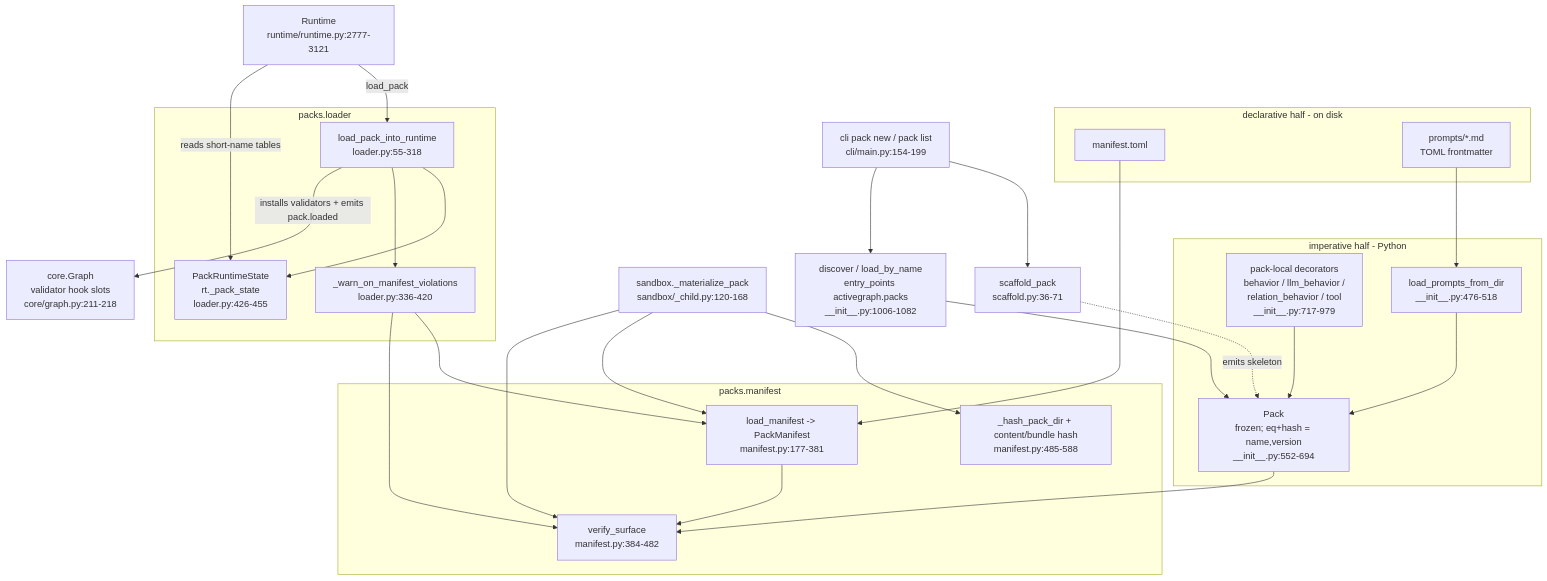
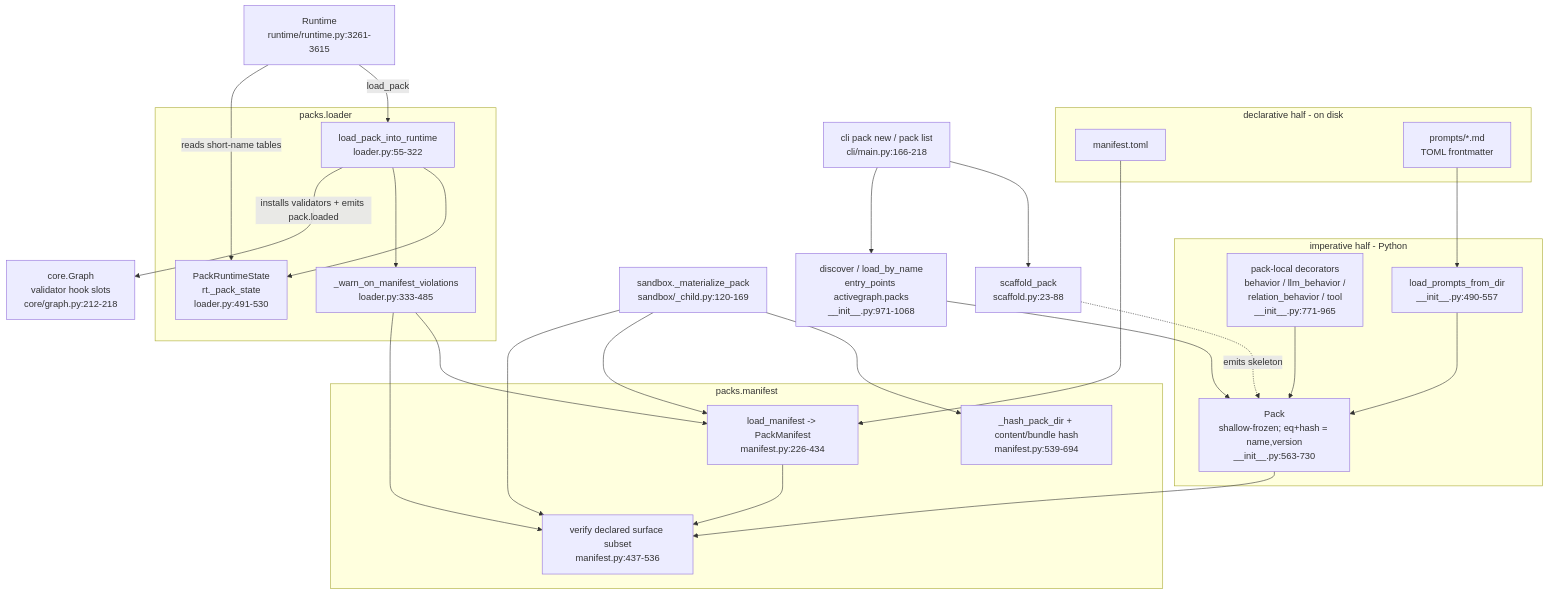
One commit to tha-hammer/silmari-activegraph changed the first of 2 diagrams in specs/07-packs.md. Above: the diagram before and after it, drawn with Mermaid. The commit also changed other lines of this file, not shown here.

Commit message:
docs(specs): refresh pack subsystem map

````diff
--- a/specs/07-packs.md
+++ b/specs/07-packs.md
@@ -22,56 +22,56 @@
 ```mermaid
 graph TD
     subgraph declarative["declarative half - on disk"]
         MT["manifest.toml"]
         PMD["prompts/*.md<br/>TOML frontmatter"]
     end
 
     subgraph imperative["imperative half - Python"]
-        DEC["pack-local decorators<br/>behavior / llm_behavior /<br/>relation_behavior / tool<br/>__init__.py:717-979"]
-        LPD["load_prompts_from_dir<br/>__init__.py:476-518"]
-        PACK["Pack<br/>frozen; eq+hash = name,version<br/>__init__.py:552-694"]
+        DEC["pack-local decorators<br/>behavior / llm_behavior /<br/>relation_behavior / tool<br/>__init__.py:771-965"]
+        LPD["load_prompts_from_dir<br/>__init__.py:490-557"]
+        PACK["Pack<br/>shallow-frozen; eq+hash = name,version<br/>__init__.py:563-730"]
     end
 
     subgraph manifest_layer["packs.manifest"]
-        LM["load_manifest -> PackManifest<br/>manifest.py:177-381"]
-        VS["verify_surface<br/>manifest.py:384-482"]
-        HASH["_hash_pack_dir + content/bundle hash<br/>manifest.py:485-588"]
+        LM["load_manifest -> PackManifest<br/>manifest.py:226-434"]
+        VS["verify declared surface subset<br/>manifest.py:437-536"]
+        HASH["_hash_pack_dir + content/bundle hash<br/>manifest.py:539-694"]
     end
 
     subgraph loader_layer["packs.loader"]
-        LPIR["load_pack_into_runtime<br/>loader.py:55-318"]
-        PRS["PackRuntimeState<br/>rt._pack_state<br/>loader.py:426-455"]
-        WARN["_warn_on_manifest_violations<br/>loader.py:336-420"]
+        LPIR["load_pack_into_runtime<br/>loader.py:55-322"]
+        PRS["PackRuntimeState<br/>rt._pack_state<br/>loader.py:491-530"]
+        WARN["_warn_on_manifest_violations<br/>loader.py:333-485"]
     end
 
-    DISC["discover / load_by_name<br/>entry_points activegraph.packs<br/>__init__.py:1006-1082"]
-    SCAF["scaffold_pack<br/>scaffold.py:36-71"]
+    DISC["discover / load_by_name<br/>entry_points activegraph.packs<br/>__init__.py:971-1068"]
+    SCAF["scaffold_pack<br/>scaffold.py:23-88"]
 
-    RT["Runtime<br/>runtime/runtime.py:2777-3121"]
-    GR["core.Graph<br/>validator hook slots<br/>core/graph.py:211-218"]
-    SB["sandbox._materialize_pack<br/>sandbox/_child.py:120-168"]
-    CLI["cli pack new / pack list<br/>cli/main.py:154-199"]
+    RT["Runtime<br/>runtime/runtime.py:3261-3615"]
+    GR["core.Graph<br/>validator hook slots<br/>core/graph.py:212-218"]
+    SB["sandbox._materialize_pack<br/>sandbox/_child.py:120-169"]
+    CLI["cli pack new / pack list<br/>cli/main.py:166-218"]
 
     DEC --> PACK
     LPD --> PACK
     PMD --> LPD
     MT --> LM
     LM --> VS
     PACK --> VS
     DISC --> PACK
     SCAF -.emits skeleton.-> PACK
 
     RT -->|load_pack| LPIR
     LPIR --> PRS
     LPIR --> WARN
     WARN --> LM
     WARN --> VS
     LPIR -->|installs validators + emits pack.loaded| GR
     RT -->|reads short-name tables| PRS
 
     SB --> HASH
     SB --> LM
     SB --> VS
     CLI --> SCAF
     CLI --> DISC
 ```
````
